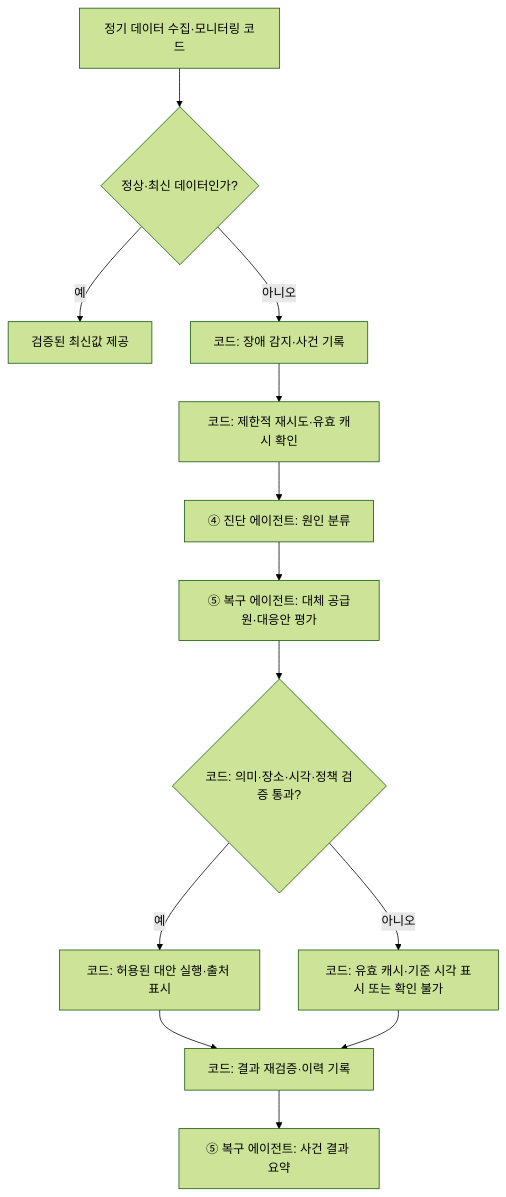
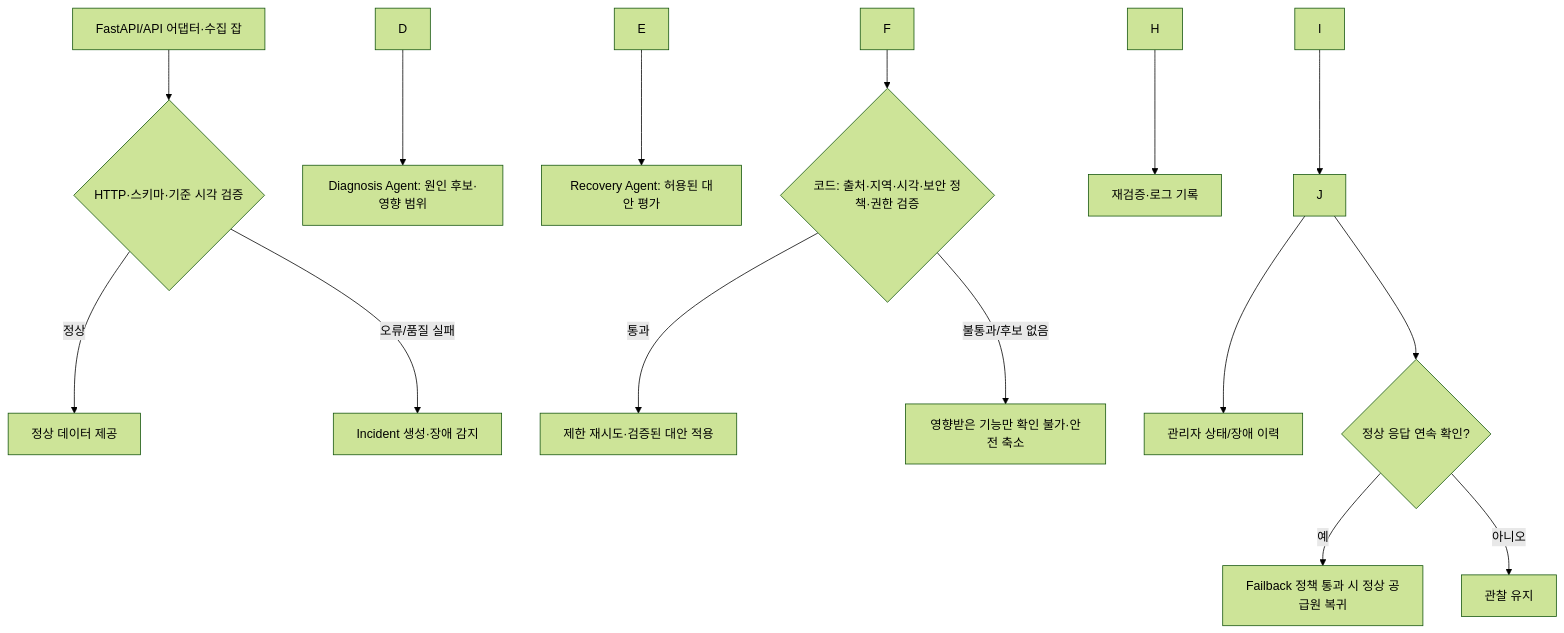
The fourth of 5 diagrams in Docs/Step 1/놀다가_기획서.md (yubeenjjang/Final3team), drawn with Mermaid (forest theme) before and after one commit. The commit also changed other lines of this file and 1 other file, not shown here.

````diff
--- a/Docs/Step 1/놀다가_기획서.md
+++ b/Docs/Step 1/놀다가_기획서.md
@@ -983,15 +754,17 @@
 ```mermaid
 flowchart TD
-    A[정기 데이터 수집·모니터링 코드] --> B{정상·최신 데이터인가?}
-    B -->|예| C[검증된 최신값 제공]
-    B -->|아니오| D[코드: 장애 감지·사건 기록]
-    D --> E[코드: 제한적 재시도·유효 캐시 확인]
-    E --> F[④ 진단 에이전트: 원인 분류]
-    F --> G[⑤ 복구 에이전트: 대체 공급원·대응안 평가]
-    G --> H{코드: 의미·장소·시각·정책 검증 통과?}
-    H -->|예| I[코드: 허용된 대안 실행·출처 표시]
-    H -->|아니오| J[코드: 유효 캐시·기준 시각 표시 또는 확인 불가]
-    I --> K[코드: 결과 재검증·이력 기록]
-    J --> K
-    K --> L[⑤ 복구 에이전트: 사건 결과 요약]
+  A\[FastAPI/API 어댑터·수집 잡] --> B{HTTP·스키마·기준 시각 검증}
+  B -->|정상| C\[정상 데이터 제공]
+  B -->|오류/품질 실패| D\[Incident 생성·장애 감지]
+  D --> E\[Diagnosis Agent: 원인 후보·영향 범위]
+  E --> F\[Recovery Agent: 허용된 대안 평가]
+  F --> G{코드: 출처·지역·시각·보안 정책·권한 검증}
+  G -->|통과| H\[제한 재시도·검증된 대안 적용]
+  G -->|불통과/후보 없음| I\[영향받은 기능만 확인 불가·안전 축소]
+  H --> J\[재검증·로그 기록]
+  I --> J
+  J --> K\[관리자 상태/장애 이력]
+  J --> L{정상 응답 연속 확인?}
+  L -->|예| M\[Failback 정책 통과 시 정상 공급원 복귀]
+  L -->|아니오| N\[관찰 유지]
 ```
````
